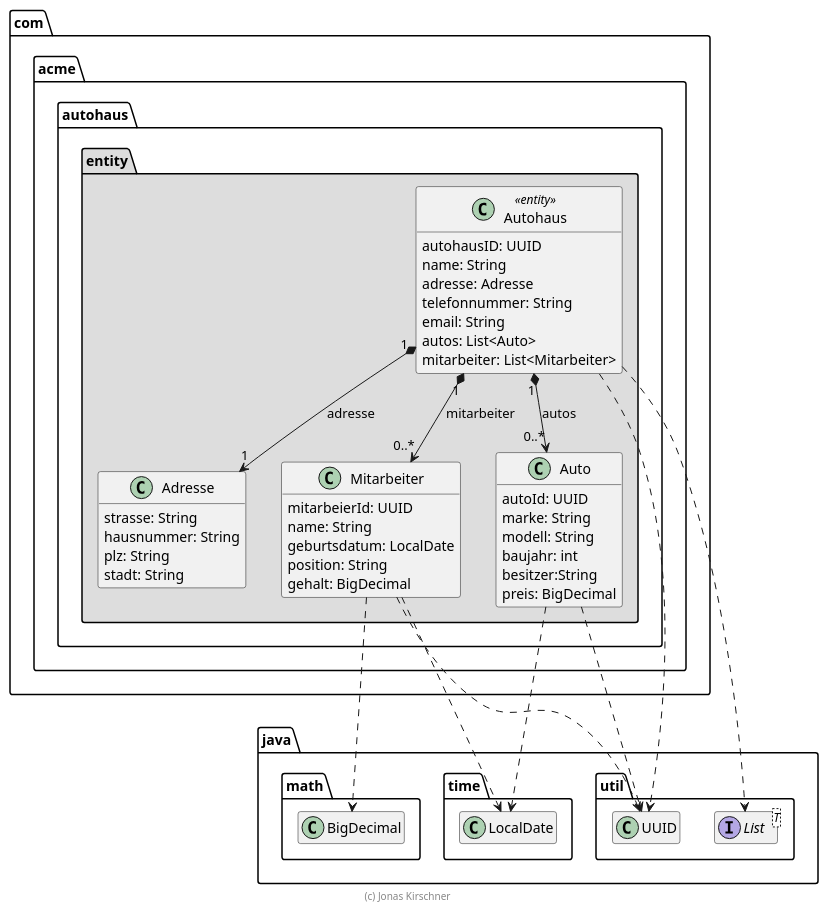
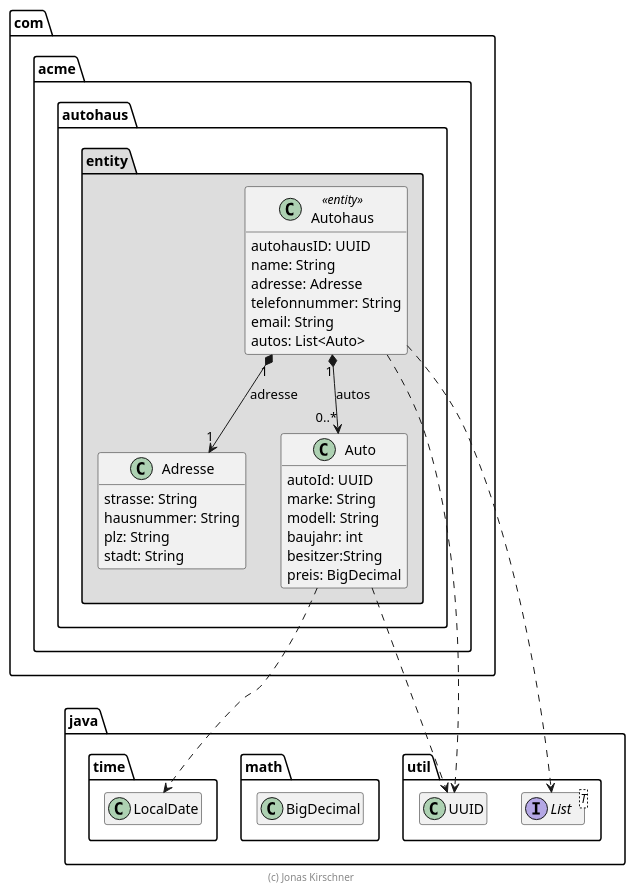
One commit to JBones35/AutohausJavaSwa changed the diagram in extras/doc/Autohaus.plantuml. Above: the diagram before and after it, drawn with PlantUML. The commit also changed 21 other files, not shown here.

```diff
--- a/extras/doc/Autohaus.plantuml
+++ b/extras/doc/Autohaus.plantuml
@@ -1,75 +1,60 @@
 @startuml Autohaus
 
 skinparam classAttributeIconSize 0
 
 package java {
     package util {
         class UUID
         interface List<T>
     }
 
     package math {
         class BigDecimal
     }
 
     package time {
         class LocalDate
     }
 }
 
     package com.acme.autohaus.entity #DDDDDD {
     class Adresse {
         strasse: String
         hausnummer: String
         plz: String
         stadt: String
     }
 
-    class Mitarbeiter {
-        mitarbeierId: UUID
-        name: String
-        geburtsdatum: LocalDate
-        position: String
-        gehalt: BigDecimal
-    }
-
     class Auto {
         autoId: UUID
         marke: String
         modell: String
         baujahr: int
         besitzer:String
         preis: BigDecimal
     }
 
     class Autohaus <<entity>> {
         autohausID: UUID
         name: String
         adresse: Adresse
         telefonnummer: String
         email: String
         autos: List<Auto>
-        mitarbeiter: List<Mitarbeiter>
     }
 
     Autohaus "1" *--> "0..*" Auto : autos
-    Autohaus "1" *--> "0..*" Mitarbeiter : mitarbeiter
     Autohaus "1" *--> "1" Adresse : adresse
 
     Autohaus ..> UUID
     Autohaus ..> List
 
-    Mitarbeiter ..> UUID
-    Mitarbeiter ..> LocalDate
-    Mitarbeiter ..> BigDecimal
-
     Auto ..> UUID
     Auto ..> LocalDate
 }
-
 
 hide empty members
 
 footer (c) Jonas Kirschner
 
 @enduml
```
